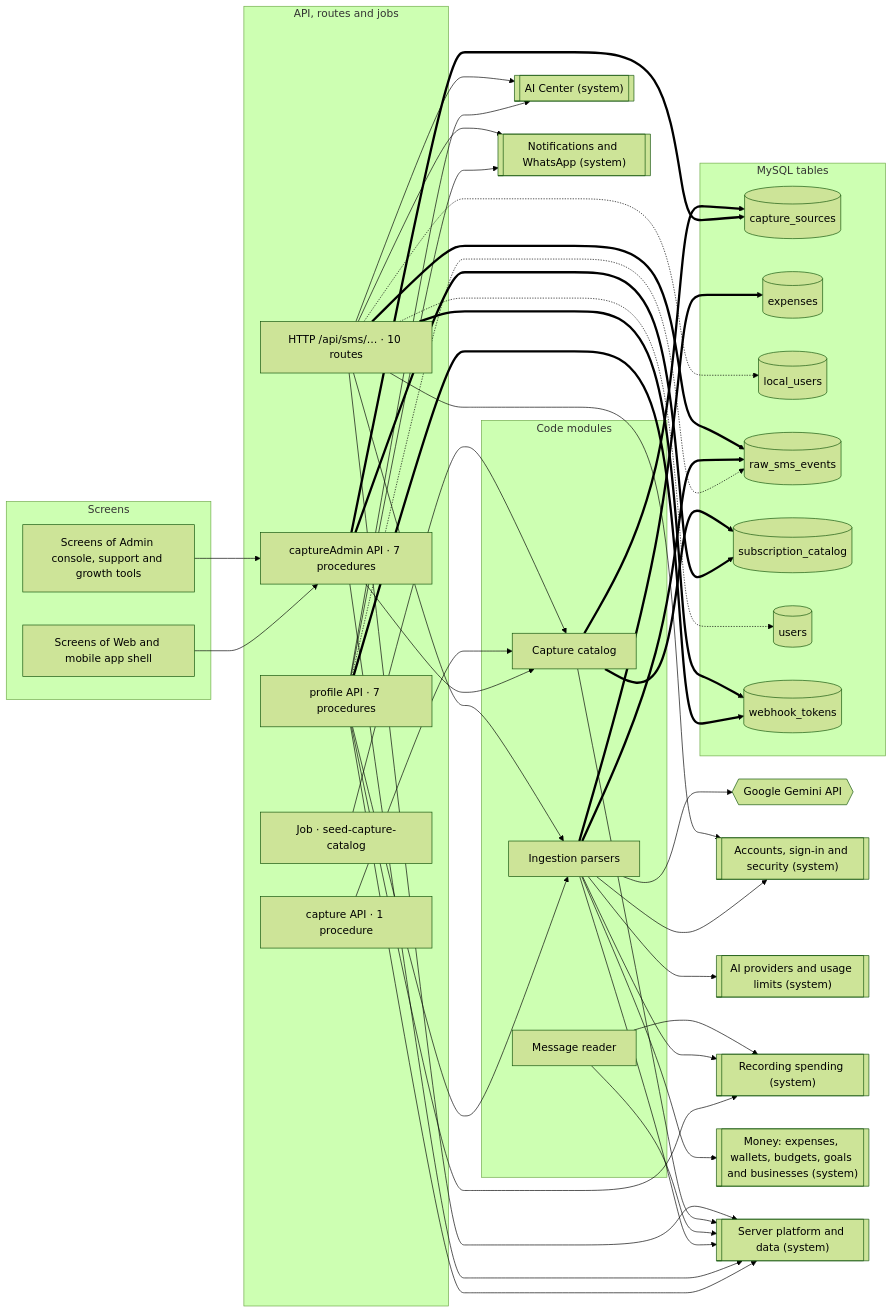
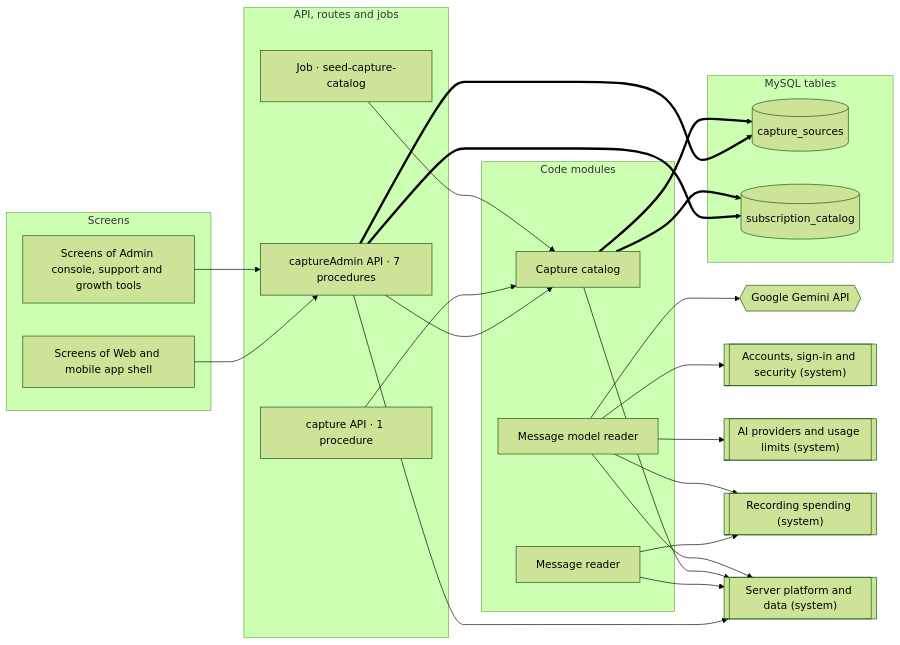
The diagram in docs/atlas/systems/bank-messages.md (mahmoudtaherr111/smartspend_mini_all), drawn with Mermaid (forest theme) before and after one commit. The commit also changed other lines of this file and 76 other files, not shown here.

First line of the commit message:
refactor(capture): remove the old bank-message server, keep its model as the capture AI reader

````diff
--- a/docs/atlas/systems/bank-messages.md
+++ b/docs/atlas/systems/bank-messages.md
@@ -13,73 +13,44 @@
 ```mermaid
 flowchart LR
   subgraph g_screens["Screens"]
     screens_admin["Screens of Admin console, support and growth tools"]
     screens_web_app["Screens of Web and mobile app shell"]
   end
   subgraph g_api["API, routes and jobs"]
-    http__api_sms["HTTP /api/sms/… · 10 routes"]
     job_seed_capture_catalog["Job · seed-capture-catalog"]
     router_captureAdmin["captureAdmin API · 7 procedures"]
     router_capture["capture API · 1 procedure"]
-    router_profile["profile API · 7 procedures"]
   end
   subgraph g_modules["Code modules"]
+    mod_capture_ai_reader["Message model reader"]
     mod_capture_catalog["Capture catalog"]
     mod_capture_reader["Message reader"]
-    mod_ingestion_parsers["Ingestion parsers"]
   end
   subgraph g_tables["MySQL tables"]
     tbl_capture_sources[("capture_sources")]
-    tbl_expenses[("expenses")]
-    tbl_local_users[("local_users")]
-    tbl_raw_sms_events[("raw_sms_events")]
     tbl_subscription_catalog[("subscription_catalog")]
-    tbl_users[("users")]
-    tbl_webhook_tokens[("webhook_tokens")]
   end
   ext_gemini{{"Google Gemini API"}}
   sys_accounts[["Accounts, sign-in and security (system)"]]
-  sys_ai_center[["AI Center (system)"]]
   sys_ai_platform[["AI providers and usage limits (system)"]]
   sys_expense_capture[["Recording spending (system)"]]
-  sys_money[["Money: expenses, wallets, budgets, goals and businesses (system)"]]
-  sys_notifications[["Notifications and WhatsApp (system)"]]
   sys_platform[["Server platform and data (system)"]]
-  http__api_sms --> mod_ingestion_parsers
-  http__api_sms --> sys_accounts
-  http__api_sms --> sys_ai_center
-  http__api_sms --> sys_notifications
-  http__api_sms --> sys_platform
-  http__api_sms -.-> tbl_local_users
-  http__api_sms -.-> tbl_users
-  http__api_sms ==> tbl_raw_sms_events
-  http__api_sms ==> tbl_webhook_tokens
   job_seed_capture_catalog --> mod_capture_catalog
+  mod_capture_ai_reader --> ext_gemini
+  mod_capture_ai_reader --> sys_accounts
+  mod_capture_ai_reader --> sys_ai_platform
+  mod_capture_ai_reader --> sys_expense_capture
+  mod_capture_ai_reader --> sys_platform
   mod_capture_catalog --> sys_platform
   mod_capture_catalog ==> tbl_capture_sources
   mod_capture_catalog ==> tbl_subscription_catalog
   mod_capture_reader --> sys_expense_capture
   mod_capture_reader --> sys_platform
-  mod_ingestion_parsers --> ext_gemini
-  mod_ingestion_parsers --> sys_accounts
-  mod_ingestion_parsers --> sys_ai_platform
-  mod_ingestion_parsers --> sys_expense_capture
-  mod_ingestion_parsers --> sys_money
-  mod_ingestion_parsers --> sys_platform
-  mod_ingestion_parsers ==> tbl_expenses
-  mod_ingestion_parsers ==> tbl_raw_sms_events
   router_capture --> mod_capture_catalog
   router_captureAdmin --> mod_capture_catalog
   router_captureAdmin --> sys_platform
   router_captureAdmin ==> tbl_capture_sources
   router_captureAdmin ==> tbl_subscription_catalog
-  router_profile --> mod_ingestion_parsers
-  router_profile --> sys_ai_center
-  router_profile --> sys_expense_capture
-  router_profile --> sys_notifications
-  router_profile --> sys_platform
-  router_profile -.-> tbl_raw_sms_events
-  router_profile ==> tbl_webhook_tokens
   screens_admin --> router_captureAdmin
   screens_web_app --> router_captureAdmin
 ```
````
